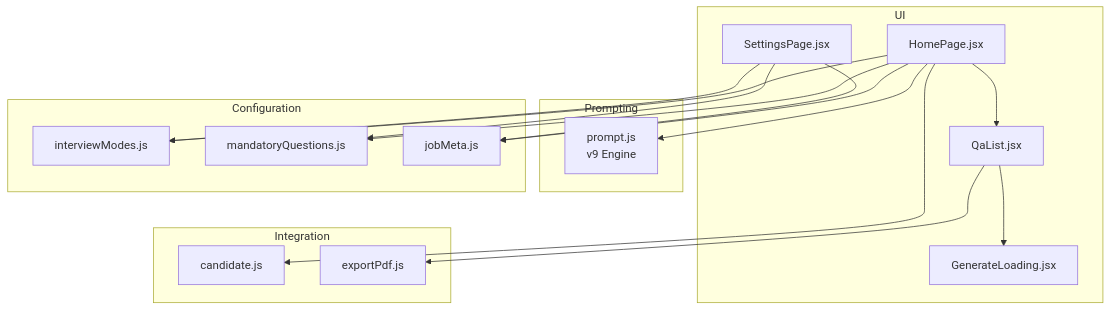
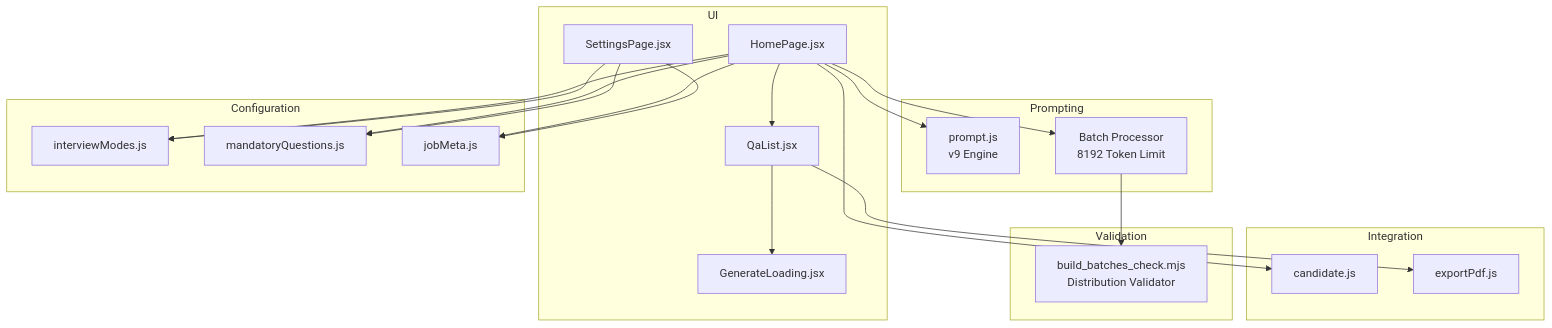
One commit to zmyeo54/briefroom changed the first of 7 diagrams in .qoder/repowiki/en/content/Core Features/Interview Question Generator/Interview Question Generator.md. Above: the diagram before and after it, drawn with Mermaid. The commit also changed other lines of this file and 13 other files, not shown here.

````diff
--- a/.qoder/repowiki/en/content/Core Features/Interview Question Generator/Interview Question Generator.md
+++ b/.qoder/repowiki/en/content/Core Features/Interview Question Generator/Interview Question Generator.md
@@ -47,32 +51,38 @@
 ```mermaid
 graph TB
 subgraph "UI"
 HP["HomePage.jsx"]
 SP["SettingsPage.jsx"]
 QL["QaList.jsx"]
 GL["GenerateLoading.jsx"]
 end
 subgraph "Prompting"
 PR["prompt.js<br/>v9 Engine"]
+BP["Batch Processor<br/>8192 Token Limit"]
 end
 subgraph "Configuration"
 IM["interviewModes.js"]
 MQ["mandatoryQuestions.js"]
 JM["jobMeta.js"]
 end
 subgraph "Integration"
 CD["candidate.js"]
 EP["exportPdf.js"]
 end
+subgraph "Validation"
+BC["build_batches_check.mjs<br/>Distribution Validator"]
+end
 HP --> QL
 HP --> PR
+HP --> BP
 HP --> IM
 HP --> MQ
 HP --> JM
 HP --> CD
 QL --> EP
 SP --> MQ
 SP --> IM
 SP --> JM
 QL --> GL
+BP --> BC
 ```
````
